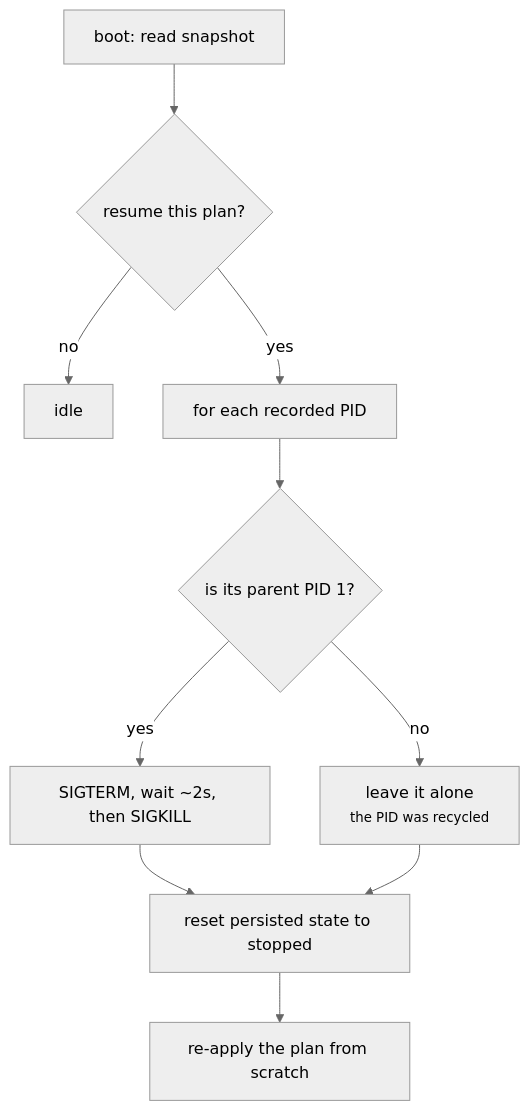
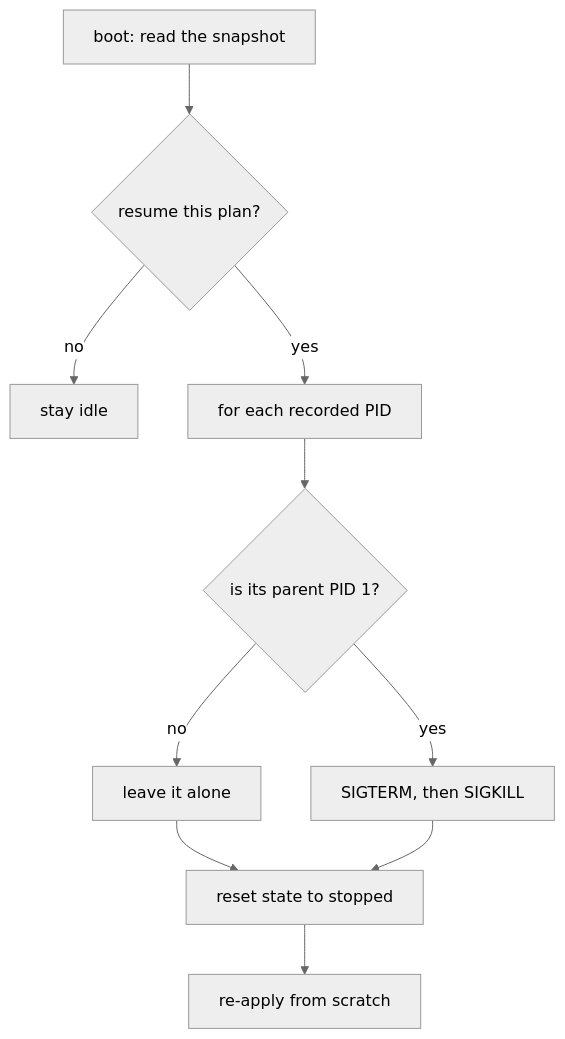
Before and after one commit to carlosprados/keystone: the diagram in site/content/internals/state-and-recovery.md, drawn with Mermaid (neutral theme). The commit also changed other lines of this file and 58 other files, not shown here.

First line of the commit message:
docs: generated OpenAPI reference, examples chapter, legible diagrams

````diff
--- a/site/content/internals/state-and-recovery.md
+++ b/site/content/internals/state-and-recovery.md
@@ -52,12 +50,12 @@
 ```mermaid
-flowchart TD
-    A["boot: read snapshot"] --> B{"resume this plan?"}
-    B -- no --> Z["idle"]
-    B -- yes --> C["for each recorded PID"]
+flowchart TB
+    A["boot: read the snapshot"] --> B{"resume this plan?"}
+    B -- "no" --> Z["stay idle"]
+    B -- "yes" --> C["for each recorded PID"]
     C --> D{"is its parent PID 1?"}
-    D -- no --> E["leave it alone<br/><small>the PID was recycled</small>"]
-    D -- yes --> F["SIGTERM, wait ~2s, then SIGKILL"]
-    F --> G["reset persisted state to stopped"]
-    E --> G
-    G --> H["re-apply the plan from scratch"]
+    D -- "no" --> E["leave it alone"]
+    D -- "yes" --> F["SIGTERM, then SIGKILL"]
+    E --> G["reset state to stopped"]
+    F --> G
+    G --> H["re-apply from scratch"]
 ```
````
